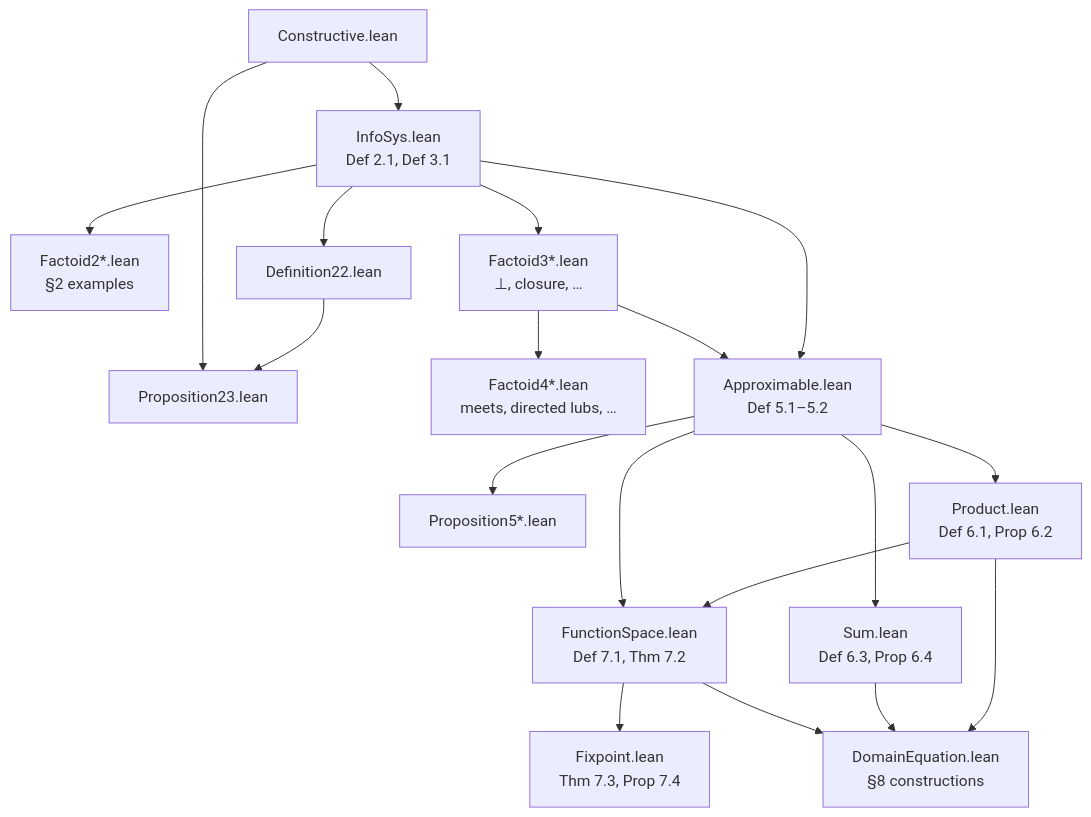
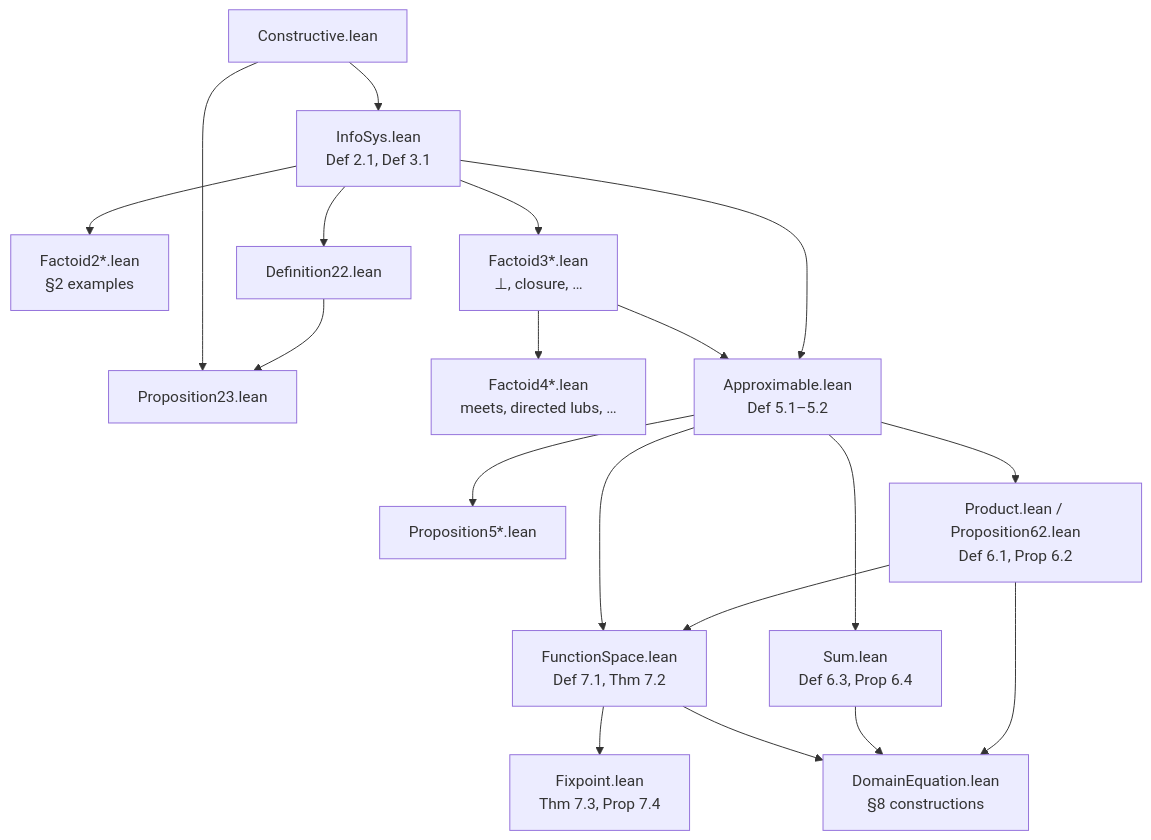
One commit to catskillsresearch/scott1982 changed the second of 10 diagrams in arxiv.md. Above: the diagram before and after it, drawn with Mermaid. The commit also changed other lines of this file and 4 other files, not shown here.

````diff
--- a/arxiv.md
+++ b/arxiv.md
@@ -73,35 +73,35 @@
 ```mermaid
 flowchart TD
   C["Constructive.lean"]
   IS["InfoSys.lean<br/>Def 2.1, Def 3.1"]
   F2["Factoid2*.lean<br/>§2 examples"]
   D22["Definition22.lean"]
   P23["Proposition23.lean"]
   F3["Factoid3*.lean<br/>⊥, closure, …"]
   F4["Factoid4*.lean<br/>meets, directed lubs, …"]
   Ap["Approximable.lean<br/>Def 5.1–5.2"]
   P5["Proposition5*.lean"]
-  Pr["Product.lean<br/>Def 6.1, Prop 6.2"]
+  Pr["Product.lean / Proposition62.lean<br/>Def 6.1, Prop 6.2"]
   Su["Sum.lean<br/>Def 6.3, Prop 6.4"]
   FS["FunctionSpace.lean<br/>Def 7.1, Thm 7.2"]
   Fx["Fixpoint.lean<br/>Thm 7.3, Prop 7.4"]
   DE["DomainEquation.lean<br/>§8 constructions"]
 
   C --> IS
   IS --> F2
   IS --> D22 --> P23
   C --> P23
   IS --> F3
   F3 --> F4
   IS --> Ap
   F3 --> Ap
   Ap --> P5
   Ap --> Pr
   Ap --> Su
   Pr --> FS
   Ap --> FS
   FS --> Fx
   Pr --> DE
   Su --> DE
   FS --> DE
 ```
````
